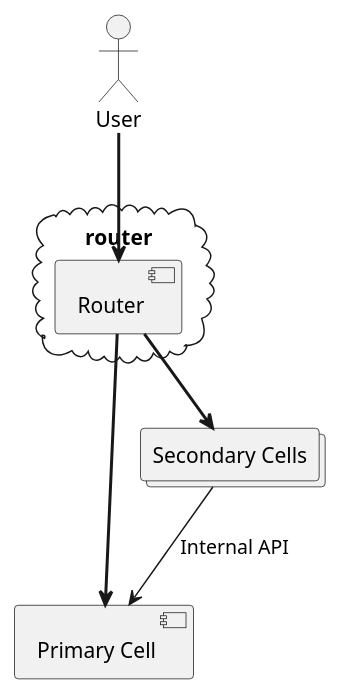
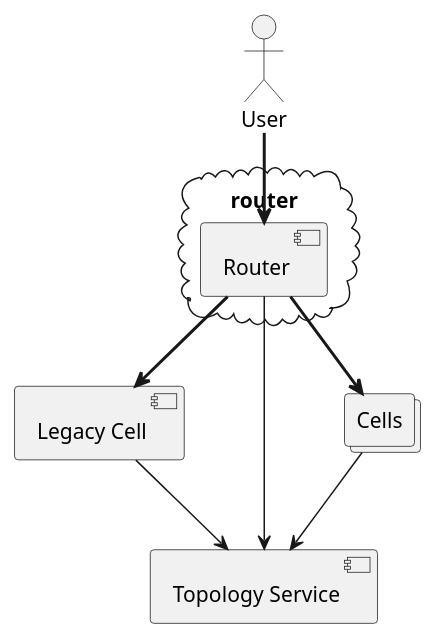
Before and after one commit to secretstartups/handbook: the first of 8 diagrams in content/handbook/engineering/architecture/design-documents/cells/infrastructure/deployments.md, drawn with PlantUML. The commit also changed other lines of this file and 8 other files, not shown here.

Commit message:
Rename Primary Cells and Secondary Cells

````diff
--- a/content/handbook/engineering/architecture/design-documents/cells/infrastructure/deployments.md
+++ b/content/handbook/engineering/architecture/design-documents/cells/infrastructure/deployments.md
@@ -30,20 +31,23 @@
 ```plantuml
 @startuml
 
 actor User
 
 cloud router {
 component Router as R
 }
 
-component "Primary Cell" as Primary
-collections "Secondary Cells" as Secondary
+component "Legacy Cell" as Legacy
+component "Topology Service" as TopologyService
+collections "Cells" as Cells
 
 User ==> R
-R ==> Primary
-R ==> Secondary
+R ==> Legacy
+R ==> Cells
 
-Secondary --> Primary : "Internal API"
+Cells --> TopologyService
+Legacy --> TopologyService
+R --> TopologyService
 
 @enduml
 ```
````
